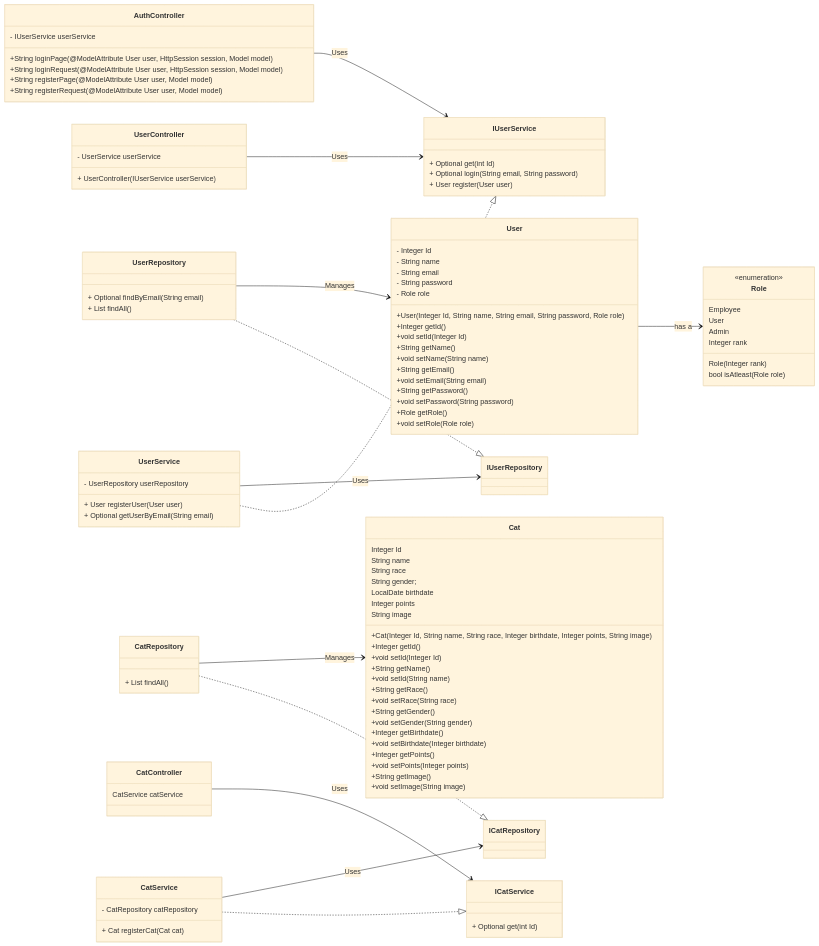
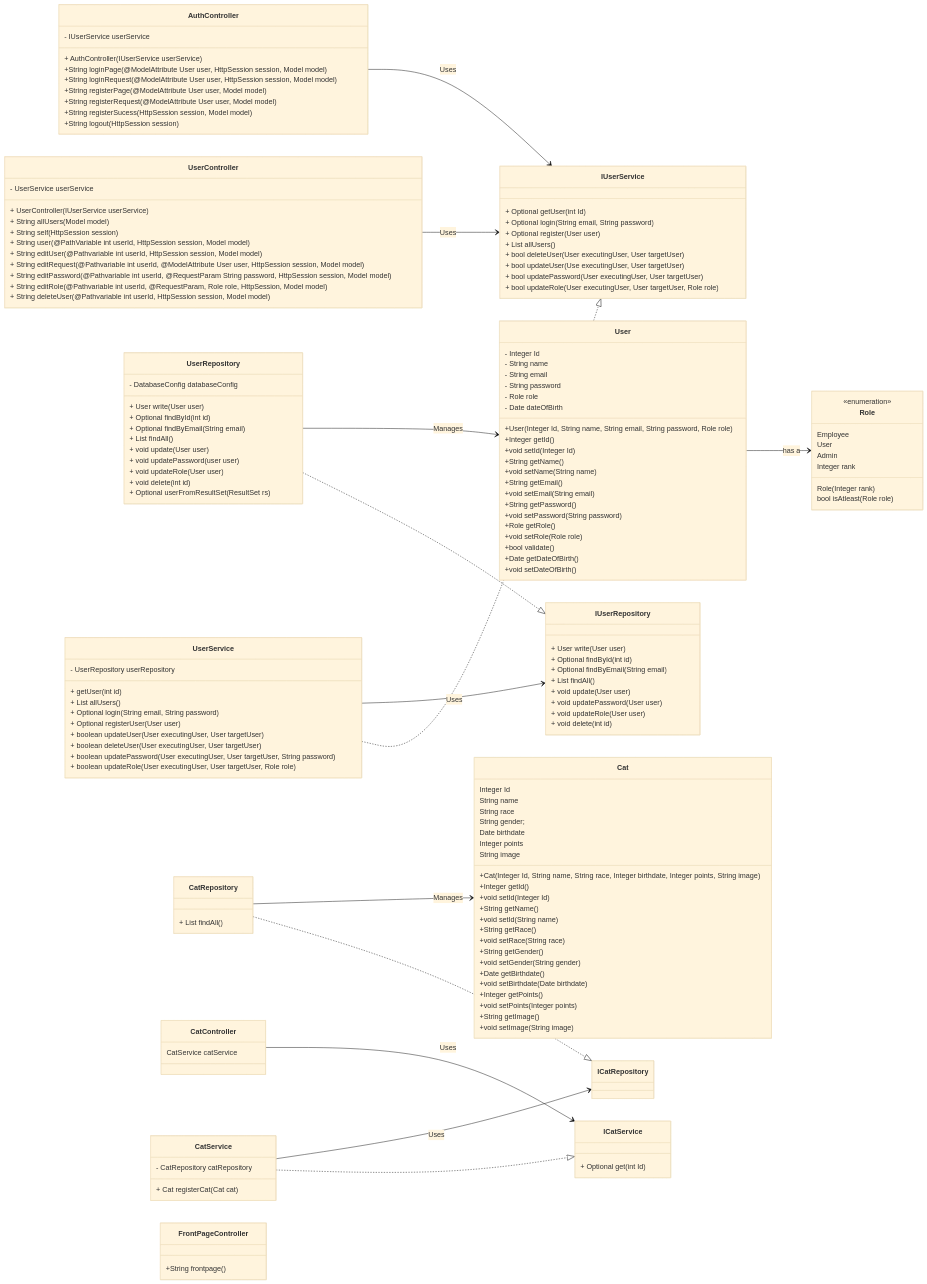
The diagram in diagrams/ClassDiagram.md (zealand-cs/Racekatteklubben), drawn with Mermaid (base theme) before and after one commit.

Commit message:
Classdiagram updated for userclasses and new classes.

```diff
--- a/diagrams/ClassDiagram.md
+++ b/diagrams/ClassDiagram.md
@@ -9,6 +9,7 @@
         - String email
         - String password
         - Role role
+        - Date dateOfBirth
         
         +User(Integer Id, String name, String email, String password, Role role)
         
@@ -22,6 +23,9 @@
         +void setPassword(String password)
         +Role getRole()
         +void setRole(Role role)
+        +bool validate()
+        +Date getDateOfBirth()
+        +void setDateOfBirth()
     }
     
     class Role {
@@ -40,7 +44,7 @@
         String name
         String race
         String gender;
-        LocalDate birthdate
+        Date birthdate
         Integer points
         String image
         
@@ -54,8 +58,8 @@
         +void setRace(String race)
         +String getGender()
         +void setGender(String gender)
-        +Integer getBirthdate()
-        +void setBirthdate(Integer birthdate)
+        +Date getBirthdate()
+        +void setBirthdate(Date birthdate)
         +Integer getPoints()
         +void setPoints(Integer points)
         +String getImage()
@@ -65,28 +69,62 @@
         
     class UserService {
         - UserRepository userRepository
-        + User registerUser(User user)
-        + Optional<User> getUserByEmail(String email) 
+        + getUser(int id)
+        + List<User> allUsers()
+        + Optional<User> login(String email, String password)
+        + Optional<User> registerUser(User user)
+        + boolean updateUser(User executingUser, User targetUser)
+        + boolean deleteUser(User executingUser, User targetUser)
+        + boolean updatePassword(User executingUser, User targetUser, String password)
+        + boolean updateRole(User executingUser, User targetUser, Role role)        
     }
     
     class IUserService {
-        + Optional<User> get (int Id)
+        + Optional<User> getUser (int Id)
         + Optional<User> login(String email, String password)
-        + User register (User user)
+        + Optional<User> register (User user)
+        + List<User> allUsers()
+        + bool deleteUser(User executingUser, User targetUser)
+        + bool updateUser(Use executingUser, User targetUser)
+        + bool updatePassword(User executingUser, User targetUser)
+        + bool updateRole(User executingUser, User targetUser, Role role)
     }
     
     class UserRepository {
+        - DatabaseConfig databaseConfig
+        + User write(User user)
+        + Optional<User> findById(int id)
         + Optional<User> findByEmail(String email)
         + List<User> findAll()
+        + void update(User user)
+        + void updatePassword(user user)
+        + void updateRole(User user)
+        + void delete(int id)
+        + Optional<User> userFromResultSet(ResultSet rs)
     }
     
     class IUserRepository {
-        
+        + User write(User user)
+        + Optional<User> findById(int id)
+        + Optional<User> findByEmail(String email)
+        + List<User> findAll()
+        + void update(User user)
+        + void updatePassword(User user)
+        + void updateRole(User user)
+        + void delete(int id)
     }
     
     class UserController {
         - UserService userService
         + UserController(IUserService userService)
+        + String allUsers(Model model)
+        + String self(HttpSession session)
+        + String user(@PathVariable int userId, HttpSession session, Model model)
+        + String editUser(@Pathvariable int userId, HttpSession session, Model model)
+        + String editRequest(@Pathvariable int userId, @ModelAttribute User user, HttpSession session, Model model)
+        + String editPassword(@Pathvariable int userId, @RequestParam String password, HttpSession session, Model model)
+        + String editRole(@Pathvariable int userId, @RequestParam, Role role, HttpSession, Model model)
+        + String deleteUser(@Pathvariable int userId, HttpSession session, Model model)
     }
     
     class CatService {
@@ -112,10 +150,17 @@
     
     class AuthController {
         - IUserService userService
+        + AuthController(IUserService userService)
         +String loginPage(@ModelAttribute User user, HttpSession session, Model model)
         +String loginRequest(@ModelAttribute User user, HttpSession session, Model model)
         +String registerPage(@ModelAttribute User user, Model model)
         +String registerRequest(@ModelAttribute User user, Model model)
+        +String registerSucess(HttpSession session, Model model)
+        +String logout(HttpSession session)
+    }
+    
+    class FrontPageController {
+        +String frontpage()
     }
 
 
```
